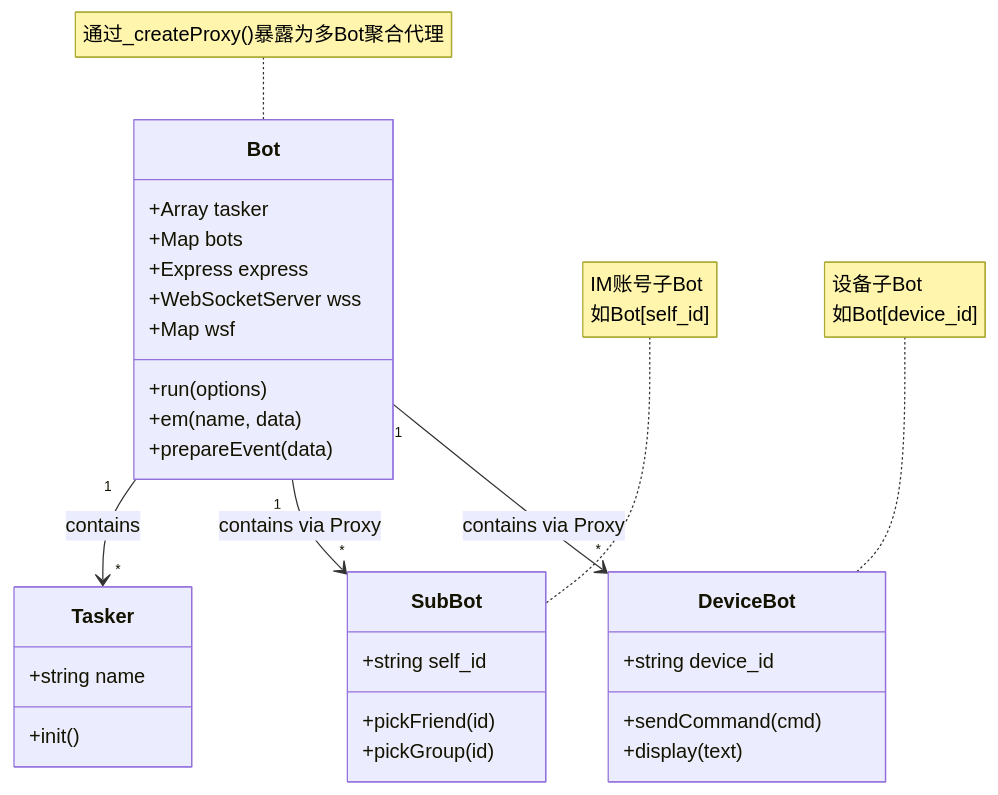
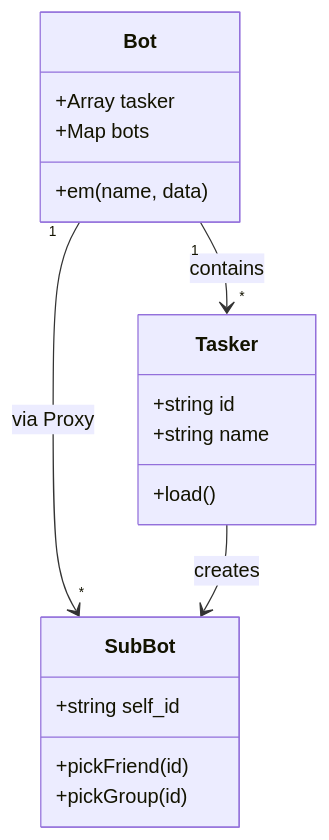
Before and after one commit to sunflowermm/XRK-AGT: the seventh of 12 diagrams in docs/bot.md, drawn with Mermaid. The commit also changed other lines of this file and 5 other files, not shown here.

````diff
--- a/docs/bot.md
+++ b/docs/bot.md
@@ -152,38 +376,24 @@
 ```mermaid
 classDiagram
     class Bot {
         +Array tasker
         +Map bots
-        +Express express
-        +WebSocketServer wss
-        +Map wsf
-        +run(options)
         +em(name, data)
-        +prepareEvent(data)
     }
     
     class Tasker {
+        +string id
         +string name
-        +init()
+        +load()
     }
     
     class SubBot {
         +string self_id
         +pickFriend(id)
         +pickGroup(id)
     }
     
-    class DeviceBot {
-        +string device_id
-        +sendCommand(cmd)
-        +display(text)
-    }
-    
     Bot "1" --> "*" Tasker : contains
-    Bot "1" --> "*" SubBot : contains via Proxy
-    Bot "1" --> "*" DeviceBot : contains via Proxy
-    
-    note for Bot "通过_createProxy()暴露为多Bot聚合代理"
-    note for SubBot "IM账号子Bot<br/>如Bot[self_id]"
-    note for DeviceBot "设备子Bot<br/>如Bot[device_id]"
+    Bot "1" --> "*" SubBot : via Proxy
+    Tasker --> SubBot : creates
 ```
````
